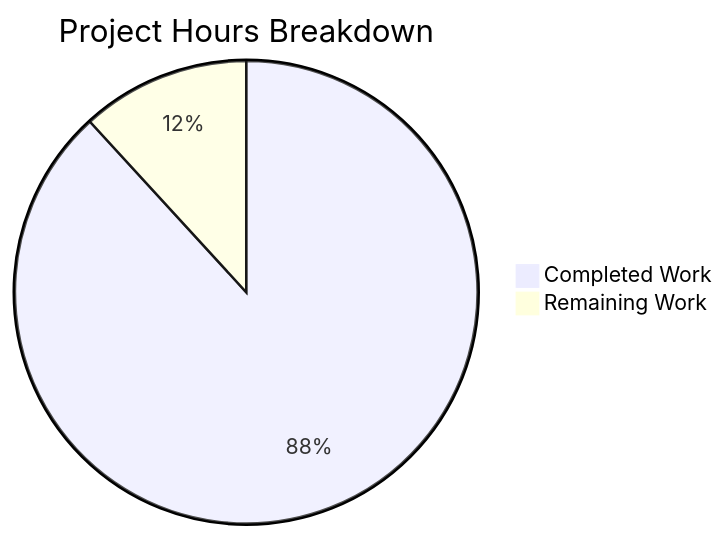
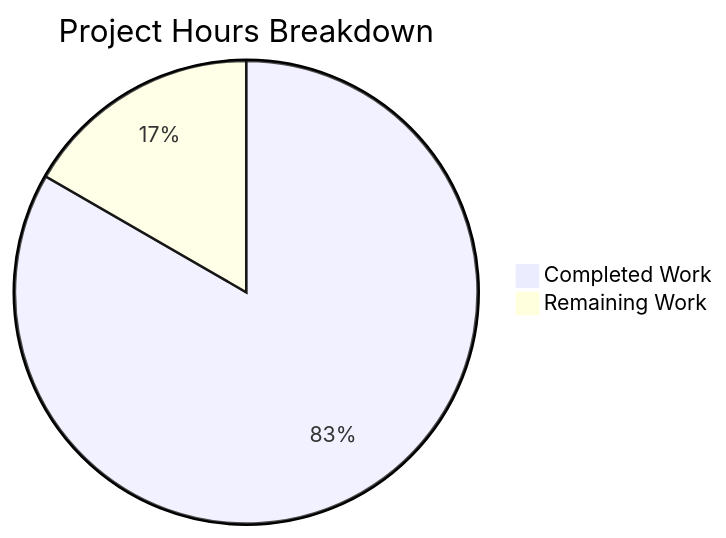
Before and after one commit to Blitzy-Sandbox/blitzy-formbricks: the second of 2 diagrams in blitzy/documentation/Project Guide.md, drawn with Mermaid. The commit also changed other lines of this file, not shown here.

Commit message:
Adding Blitzy Project Guide: Project Status and Human Tasks Remaining

````diff
--- a/blitzy/documentation/Project Guide.md
+++ b/blitzy/documentation/Project Guide.md
@@ -225,5 +205,5 @@
 ```mermaid
 pie title Project Hours Breakdown
-    "Completed Work" : 127
-    "Remaining Work" : 17
+    "Completed Work" : 40
+    "Remaining Work" : 8
 ```
````
